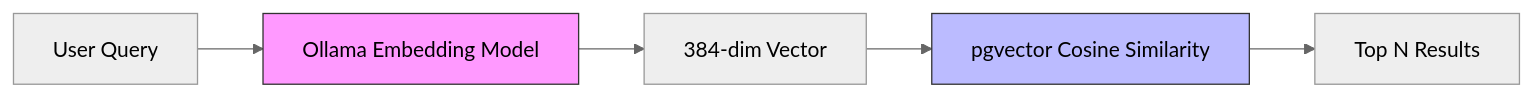
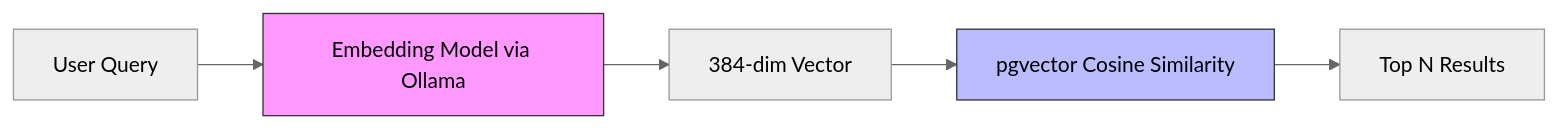
One commit to osintukraine/osint-platform-docs changed the second of 2 diagrams in docs/developer-guide/services/api.md. Above: the diagram before and after it, drawn with Mermaid (neutral theme). The commit also changed other lines of this file and 74 other files, not shown here.

````diff
--- a/docs/developer-guide/services/api.md
+++ b/docs/developer-guide/services/api.md
@@ -683,10 +743,10 @@
 ```mermaid
 graph LR
-    A[User Query] --> B[Ollama Embedding Model]
+    A[User Query] --> B[Embedding Model via Ollama]
     B --> C[384-dim Vector]
     C --> D[pgvector Cosine Similarity]
     D --> E[Top N Results]
 
     style B fill:#f9f,stroke:#333
     style D fill:#bbf,stroke:#333
 ```
````
